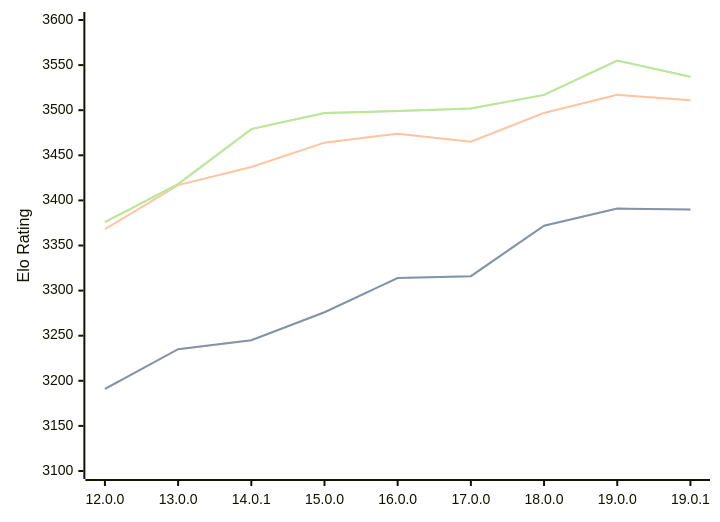
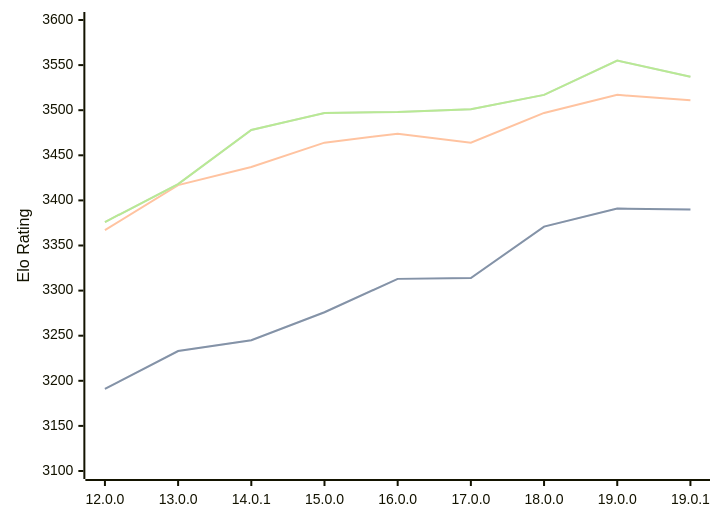
One commit to computer-chess-index/cci changed the third of 3 diagrams in engines/Viridithas.md. Above: the diagram before and after it, drawn with Mermaid. The commit also changed other lines of this file, not shown here.

Commit message:
Update CCI Ratings (ELO VLTC) - 2026-06-19

````diff
--- a/engines/Viridithas.md
+++ b/engines/Viridithas.md
@@ -96,11 +96,11 @@
 ```mermaid
 %%{init: {"theme":"base","themeVariables":{"seriesColors:['#a3a3a3','#222221','#faa371']}}}%%
 xychart-beta
   x-axis ["12.0.0", "13.0.0", "14.0.1", "15.0.0", "16.0.0", "17.0.0", "18.0.0", "19.0.0", "19.0.1"]
   y-axis "Elo Rating" 3100 --> 3600
-  line "STC (8.0+0.08s)" [3191, 3235, 3245, 3276, 3314, 3316, 3372, 3391, 3390]
-  line "STC (8.0+0.08s)" [3191, 3235, 3245, 3276, 3314, 3316, 3372, 3391, 3390]
-  line "LTC (60.0+0.60s)" [3368, 3417, 3437, 3464, 3474, 3465, 3497, 3517, 3511]
-  line "VLTC (2m24s+1.12s)" [3376, 3418, 3479, 3497, 3499, 3502, 3517, 3555, 3537]
-  line "VLTC (2m24s+1.12s)" [3376, 3418, 3479, 3497, 3499, 3502, 3517, 3555, 3537]
+  line "STC (8.0+0.08s)" [3191, 3233, 3245, 3276, 3313, 3314, 3371, 3391, 3390]
+  line "STC (8.0+0.08s)" [3191, 3233, 3245, 3276, 3313, 3314, 3371, 3391, 3390]
+  line "LTC (60.0+0.60s)" [3367, 3417, 3437, 3464, 3474, 3464, 3497, 3517, 3511]
+  line "VLTC (2m24s+1.12s)" [3376, 3418, 3478, 3497, 3498, 3501, 3517, 3555, 3537]
+  line "VLTC (2m24s+1.12s)" [3376, 3418, 3478, 3497, 3498, 3501, 3517, 3555, 3537]
 ```
````
